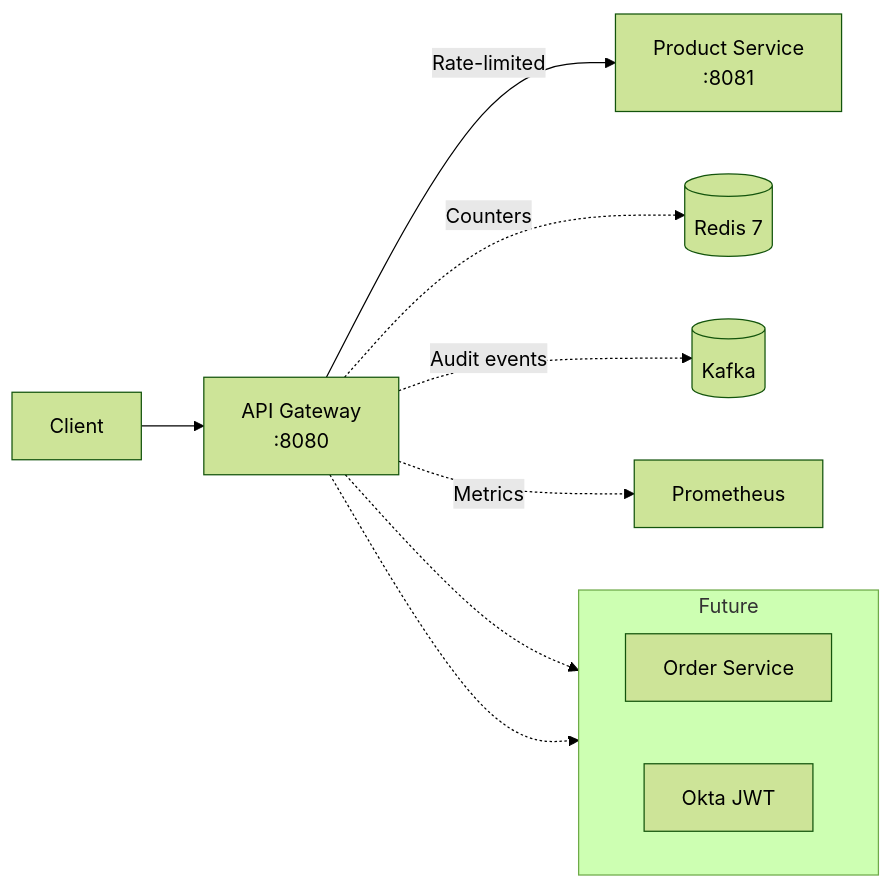
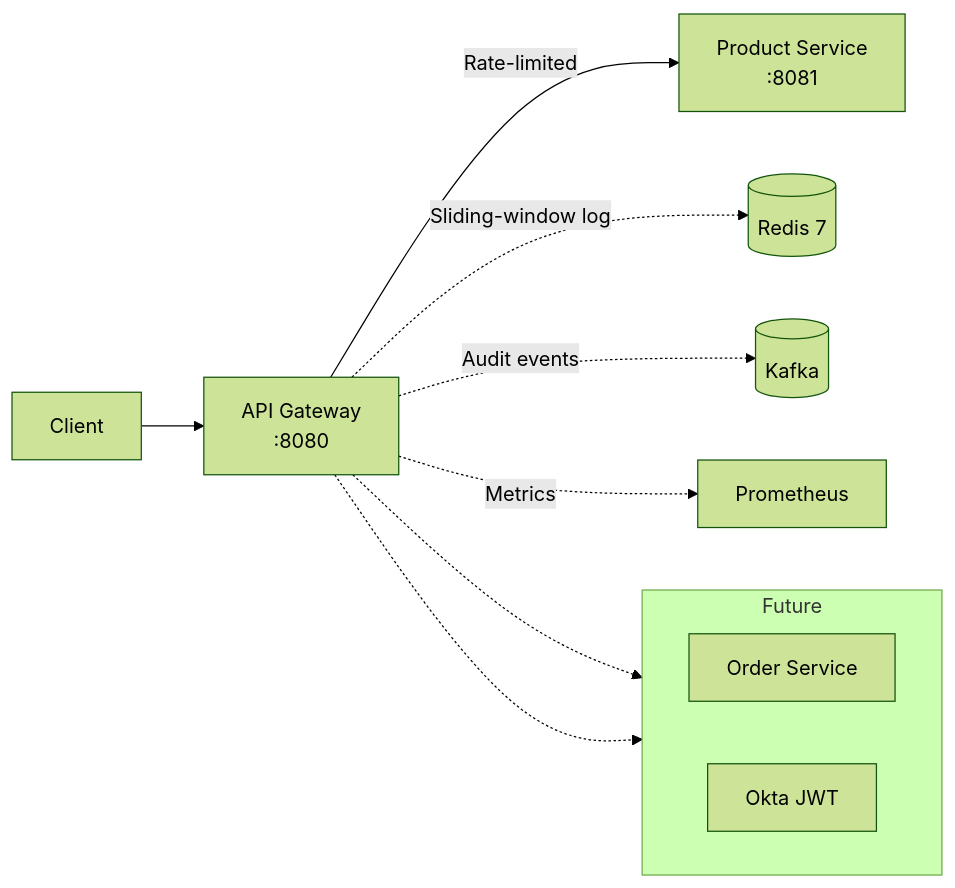
Before and after one commit to vipinsharma485/api-gateway-ratelimiter: the diagram in README.md, drawn with Mermaid (forest theme). The commit also changed other lines of this file and 6 other files, not shown here.

Commit message:
Add Redis sliding-window limiter

````diff
--- a/README.md
+++ b/README.md
@@ -23,16 +23,16 @@
 ```mermaid
 flowchart LR
     Client[Client] --> GW[API Gateway<br/>:8080]
     GW -->|Rate-limited| PS[Product Service<br/>:8081]
-    GW -.->|Counters| Redis[(Redis 7)]
+    GW -.->|Sliding-window log| Redis[(Redis 7)]
     GW -.->|Audit events| Kafka[(Kafka)]
     GW -.->|Metrics| Prom[Prometheus]
 
     subgraph Future
       direction LR
       OS[Order Service]
       Okta[Okta JWT]
     end
     GW -.-> OS
     GW -.-> Okta
 ```
````
